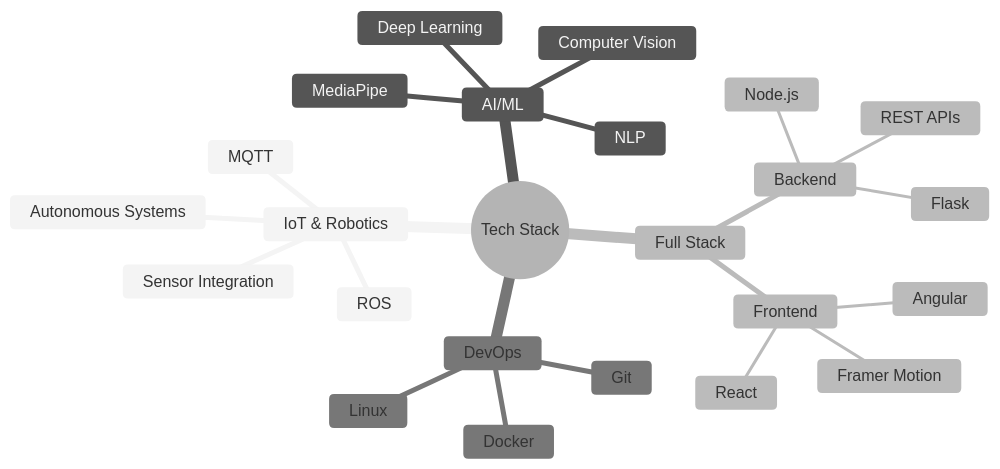
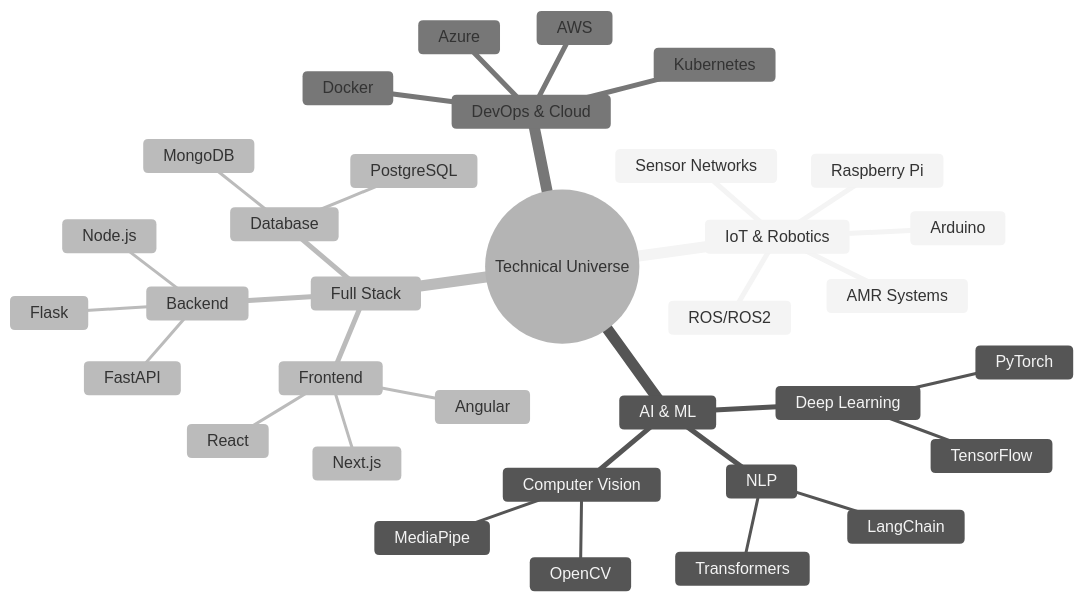
Before and after one commit to sujansanjeev/sujansanjeev: the diagram in README.md, drawn with Mermaid (neutral theme). The commit also changed other lines of this file, not shown here.

````diff
--- a/README.md
+++ b/README.md
@@ -58,27 +137,37 @@
 ```mermaid
 mindmap
-  root((Tech Stack))
+  root((Technical Universe))
     IoT & Robotics
-      ROS
-      MQTT
-      Autonomous Systems
-      Sensor Integration
-    AI/ML
+      ROS/ROS2
+      Arduino
+      Raspberry Pi
+      Sensor Networks
+      AMR Systems
+    AI & ML
+      Deep Learning
+        PyTorch
+        TensorFlow
       Computer Vision
+        OpenCV
+        MediaPipe
       NLP
-      Deep Learning
-      MediaPipe
+        Transformers
+        LangChain
     Full Stack
       Frontend
         React
         Angular
-        Framer Motion
+        Next.js
       Backend
         Node.js
         Flask
-        REST APIs
-    DevOps
+        FastAPI
+      Database
+        MongoDB
+        PostgreSQL
+    DevOps & Cloud
       Docker
-      Git
-      Linux
+      Kubernetes
+      AWS
+      Azure
 ```
````
